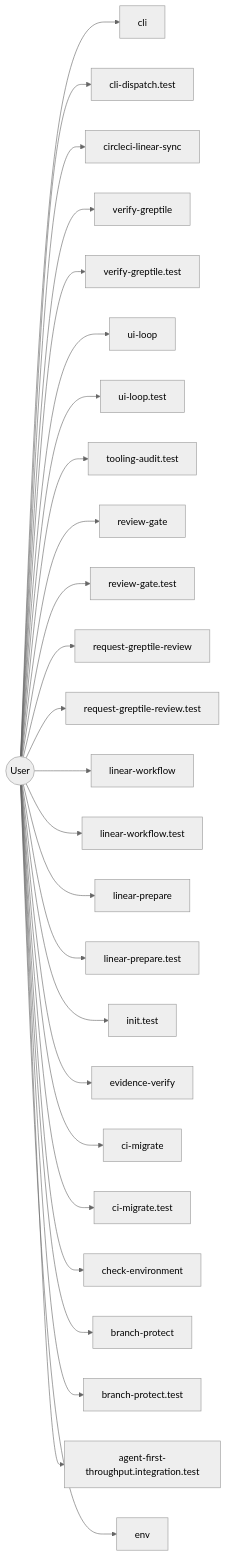
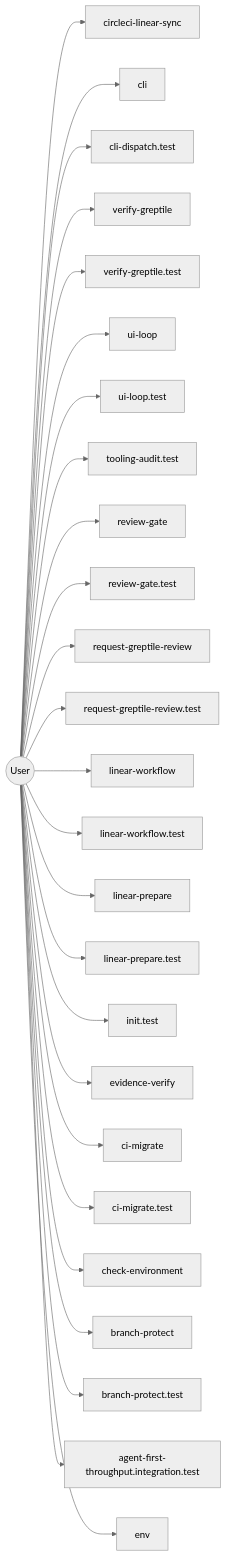
The diagram in AI/diagrams/user.mmd (jscraik/coding-harness), drawn with Mermaid (neutral theme) before and after one commit. The commit also changed other lines of this file and 5 other files, not shown here.

Commit message:
chore(diagrams): auto-refresh architecture diagrams

```diff
--- a/AI/diagrams/user.mmd
+++ b/AI/diagrams/user.mmd
@@ -1,53 +1,53 @@
 flowchart LR
   User(("User"))
+  circleci_linear_sync_19c0d6da["circleci-linear-sync"]
+  User --> circleci_linear_sync_19c0d6da
   cli_99bb8840["cli"]
   User --> cli_99bb8840
   cli_dispatch_test_54c9f17b["cli-dispatch.test"]
   User --> cli_dispatch_test_54c9f17b
-  circleci_linear_sync_19c0d6da["circleci-linear-sync"]
-  User --> circleci_linear_sync_19c0d6da
   verify_greptile_227190f7["verify-greptile"]
   User --> verify_greptile_227190f7
   verify_greptile_test_17404b05["verify-greptile.test"]
   User --> verify_greptile_test_17404b05
   ui_loop_11660889["ui-loop"]
   User --> ui_loop_11660889
   ui_loop_test_f0eabc42["ui-loop.test"]
   User --> ui_loop_test_f0eabc42
   tooling_audit_test_d2aee28c["tooling-audit.test"]
   User --> tooling_audit_test_d2aee28c
   review_gate_09b579c4["review-gate"]
   User --> review_gate_09b579c4
   review_gate_test_000e2ed6["review-gate.test"]
   User --> review_gate_test_000e2ed6
   request_greptile_review_851df233["request-greptile-review"]
   User --> request_greptile_review_851df233
   request_greptile_review_test_b073e76e["request-greptile-review.test"]
   User --> request_greptile_review_test_b073e76e
   linear_workflow_c5cb6267["linear-workflow"]
   User --> linear_workflow_c5cb6267
   linear_workflow_test_a351dcb0["linear-workflow.test"]
   User --> linear_workflow_test_a351dcb0
   linear_prepare_0c613ba6["linear-prepare"]
   User --> linear_prepare_0c613ba6
   linear_prepare_test_678f11a9["linear-prepare.test"]
   User --> linear_prepare_test_678f11a9
   init_test_cbba76a6["init.test"]
   User --> init_test_cbba76a6
   evidence_verify_3b73c290["evidence-verify"]
   User --> evidence_verify_3b73c290
   ci_migrate_78bb70b1["ci-migrate"]
   User --> ci_migrate_78bb70b1
   ci_migrate_test_2a015bb9["ci-migrate.test"]
   User --> ci_migrate_test_2a015bb9
   check_environment_fe68d4be["check-environment"]
   User --> check_environment_fe68d4be
   branch_protect_b9d345eb["branch-protect"]
   User --> branch_protect_b9d345eb
   branch_protect_test_c8d80aab["branch-protect.test"]
   User --> branch_protect_test_c8d80aab
   agent_first_throughput_integration_test_dc677cc4["agent-first-throughput.integration.test"]
   User --> agent_first_throughput_integration_test_dc677cc4
   env_b77349bf["env"]
   User --> env_b77349bf
   classDef userNode fill:#16a34a,color:#fff
```
